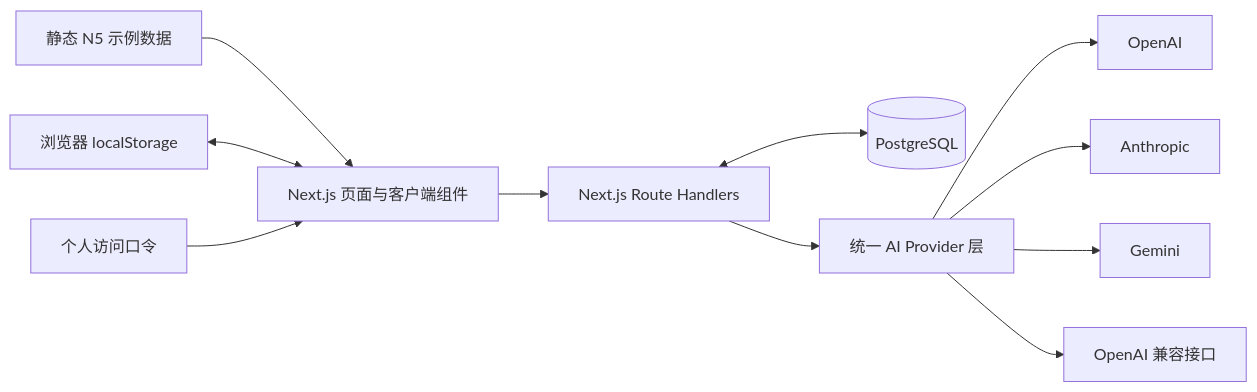
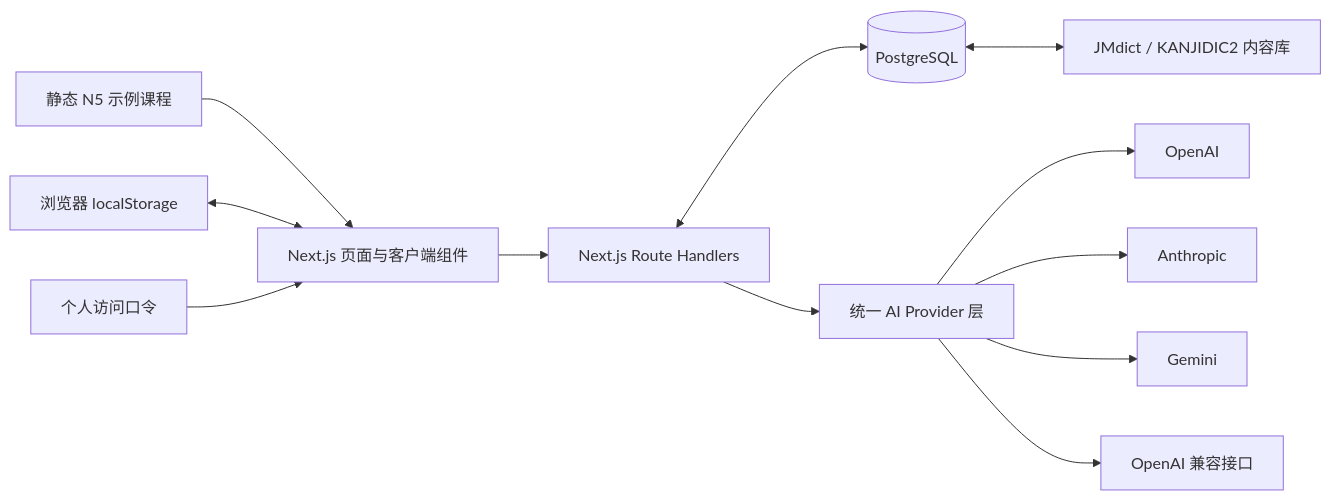
Before and after one commit to tomcat-cv/language-learning: the first of 2 diagrams in PROJECT.md, drawn with Mermaid. The commit also changed other lines of this file and 21 other files, not shown here.

````diff
--- a/PROJECT.md
+++ b/PROJECT.md
@@ -324,25 +324,27 @@
 ```mermaid
 flowchart LR
     UI["Next.js 页面与客户端组件"]
     LS["浏览器 localStorage"]
     ACCESS["个人访问口令"]
     API["Next.js Route Handlers"]
     DB[("PostgreSQL")]
     PA["统一 AI Provider 层"]
     OA["OpenAI"]
     AN["Anthropic"]
     GE["Gemini"]
     CO["OpenAI 兼容接口"]
-    DATA["静态 N5 示例数据"]
+    DATA["静态 N5 示例课程"]
+    DICT["JMdict / KANJIDIC2 内容库"]
 
     DATA --> UI
     LS <--> UI
     ACCESS --> UI
     UI --> API
     API <--> DB
+    DB <--> DICT
     API --> PA
     PA --> OA
     PA --> AN
     PA --> GE
     PA --> CO
 ```
````
